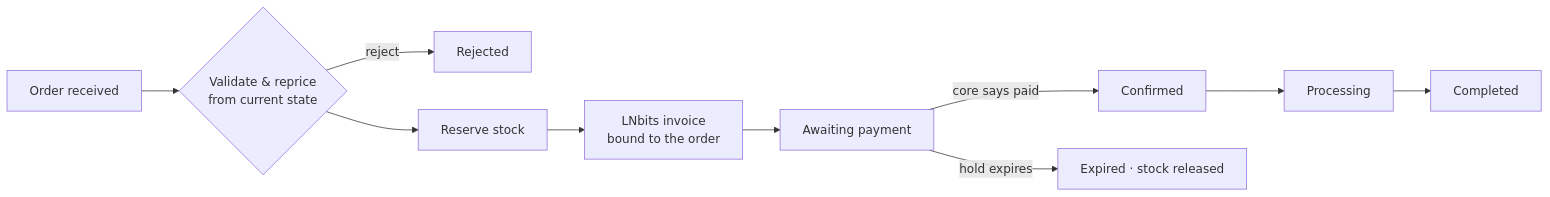
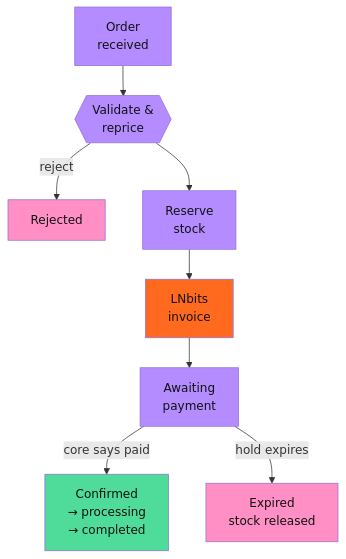
Before and after one commit to bitkarrot/infinitemarkets: the third of 4 diagrams in docs/viewer/overview.md, drawn with Mermaid. The commit also changed other lines of this file and 2 other files, not shown here.

Commit message:
Redraw the checkout saga and plainly explain Plebeian physical orders
The saga diagram is now one shared, color-coded version (purple
Infinite Markets steps, orange LNbits invoice, green success, pink stop
states) with the fulfilment tail folded into one node: left to right with
wrapped labels on the slide, top to bottom in the overview. The Plebeian
known-gap bullet now says physical-item orders are declined for now
because its address has no machine-readable country, with the detail in
the speaker notes; the overview and home page match.

````diff
--- a/docs/viewer/overview.md
+++ b/docs/viewer/overview.md
@@ -202,11 +202,19 @@
 ```mermaid
-flowchart LR
-    Q[Order received] --> V{Validate & reprice<br/>from current state}
-    V -->|reject| X[Rejected]
-    V --> RS[Reserve stock]
-    RS --> INV[LNbits invoice<br/>bound to the order]
-    INV --> AP[Awaiting payment]
-    AP -->|core says paid| C[Confirmed]
-    AP -->|hold expires| E[Expired · stock released]
-    C --> PR[Processing] --> DONE[Completed]
+%%{init: {"flowchart": {"rankSpacing": 40, "nodeSpacing": 50}}}%%
+flowchart TB
+    Q["Order<br/>received"] --> V{{"Validate &<br/>reprice"}}
+    V -->|reject| X["Rejected"]
+    V --> RS["Reserve<br/>stock"]
+    RS --> INV["LNbits<br/>invoice"]
+    INV --> AP["Awaiting<br/>payment"]
+    AP -->|core says paid| C["Confirmed<br/>→ processing<br/>→ completed"]
+    AP -->|hold expires| E["Expired<br/>stock released"]
+    classDef im fill:#b48cff,color:#111111
+    classDef core fill:#ff6a1f,color:#111111
+    classDef ok fill:#4fdc9a,color:#111111
+    classDef stop fill:#ff8fc4,color:#111111
+    class Q,V,RS,AP im
+    class INV core
+    class C ok
+    class X,E stop
 ```
````
